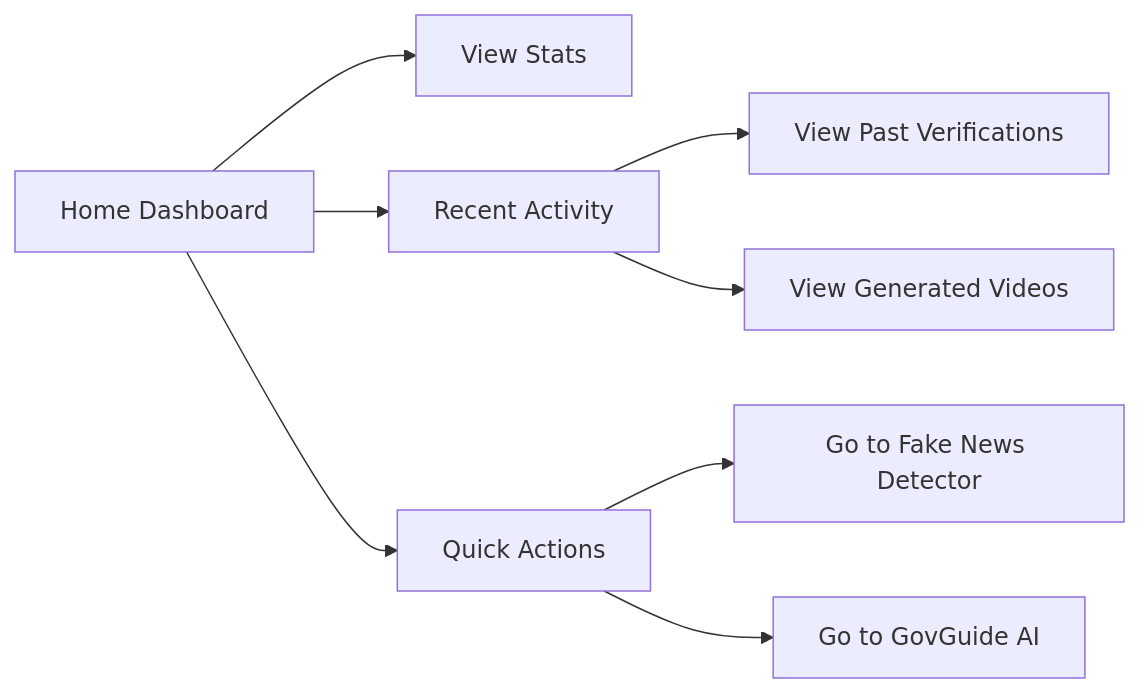
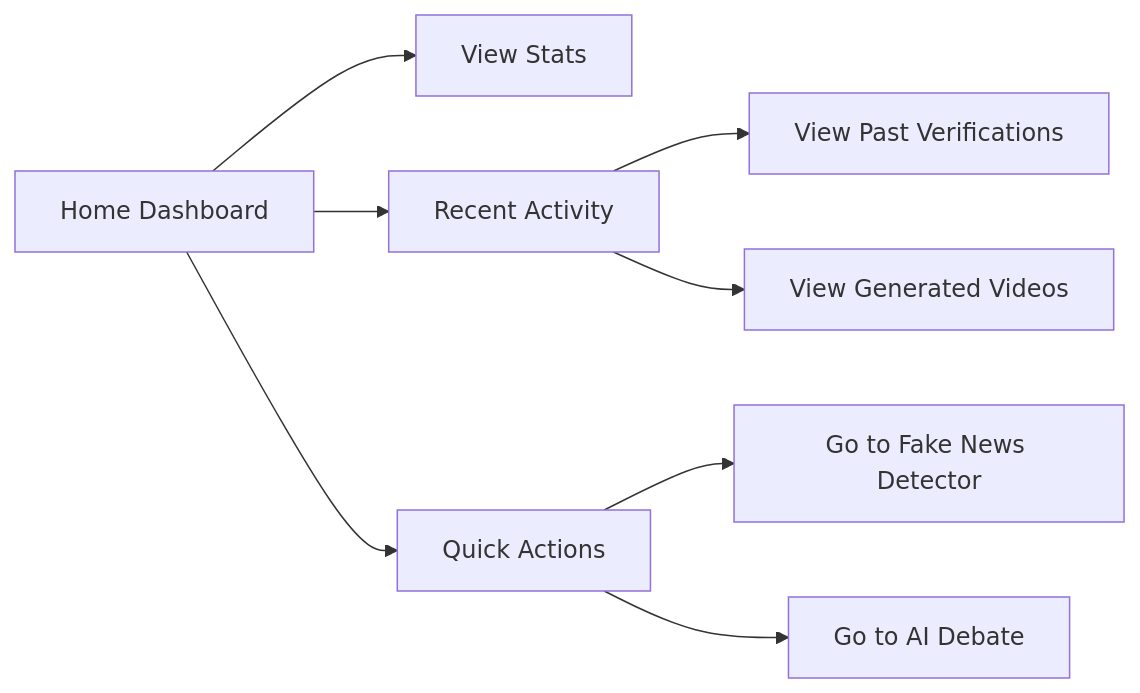
The second of 6 diagrams in USER-FLOW.md (Galarj/hackathon-try), drawn with Mermaid before and after one commit. The commit also changed other lines of this file and 3 other files, not shown here.

````diff
--- a/USER-FLOW.md
+++ b/USER-FLOW.md
@@ -60,12 +60,12 @@
 ```mermaid
 graph LR
     A[Home Dashboard] --> B[View Stats]
     A --> C[Recent Activity]
     A --> D[Quick Actions]
     
     D --> E[Go to Fake News Detector]
-    D --> F[Go to GovGuide AI]
+    D --> F[Go to AI Debate]
     
     C --> G[View Past Verifications]
     C --> H[View Generated Videos]
 ```
````
